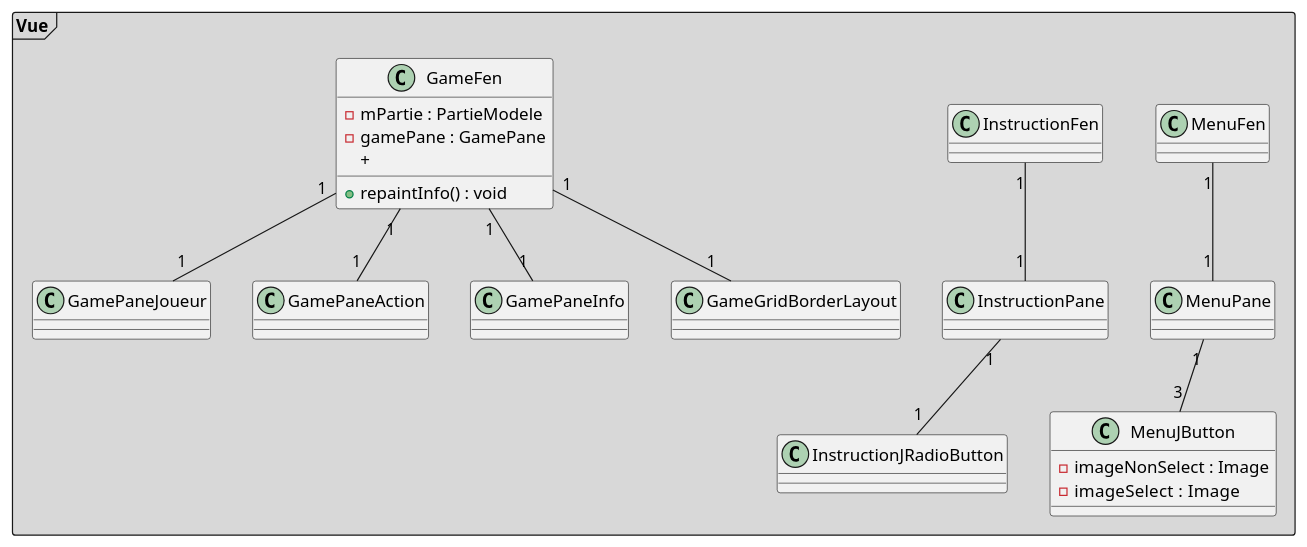
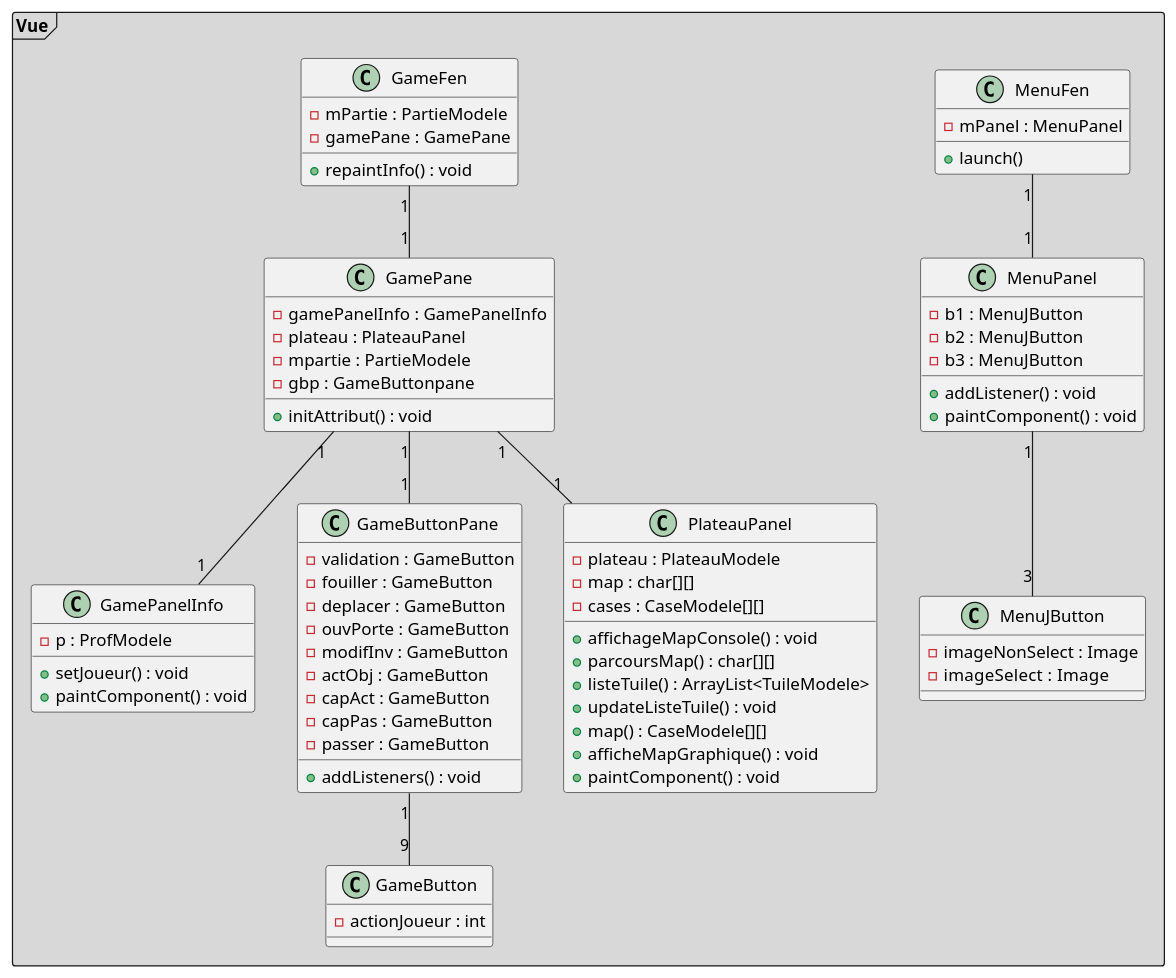
The diagram in UML/Vue.puml (Erathriel/Projet_LO43), drawn with PlantUML before and after one commit. The commit also changed 1 other file, not shown here.

```diff
--- a/UML/Vue.puml
+++ b/UML/Vue.puml
@@ -1,33 +1,73 @@
 @startuml
 
 Package "Vue" <<Frame>> #D8D8D8 {
-    class MenuFen
-    class MenuPane
+    class MenuFen {
+      - mPanel : MenuPanel
+      + launch()
+    }
+    class MenuPanel{
+      - b1 : MenuJButton
+      - b2 : MenuJButton
+      - b3 : MenuJButton
+      + addListener() : void
+      + paintComponent() : void
+    }
     class MenuJButton{
       - imageNonSelect : Image
       - imageSelect  : Image
     }
-    class InstructionFen
-    class InstructionPane
-    class InstructionJRadioButton
     class GameFen{
       - mPartie : PartieModele
       - gamePane : GamePane
       + repaintInfo() : void
-      +
     }
-    class GamePaneJoueur
-    class GamePaneAction
-    class GamePaneInfo
-    class GameGridBorderLayout
+    class GamePane {
+      - gamePanelInfo : GamePanelInfo
+      - plateau : PlateauPanel
+      - mpartie : PartieModele
+      - gbp : GameButtonpane
+      + initAttribut() : void
+    }
+    class GamePanelInfo{
+      - p : ProfModele
+      + setJoueur() : void
+      + paintComponent() : void
+    }
+    class GameButtonPane{
+      - validation : GameButton
+      - fouiller : GameButton
+      - deplacer : GameButton
+      - ouvPorte : GameButton
+      - modifInv : GameButton
+      - actObj : GameButton
+      - capAct : GameButton
+      - capPas : GameButton
+      - passer : GameButton
+      + addListeners() : void
+    }
+    class GameButton{
+      - actionJoueur : int
+    }
+
+    class PlateauPanel{
+      - plateau : PlateauModele
+      - map : char[][]
+      - cases : CaseModele[][]
+      + affichageMapConsole() : void
+      + parcoursMap() : char[][]
+      + listeTuile() : ArrayList<TuileModele>
+      + updateListeTuile() : void
+      + map() : CaseModele[][]
+      + afficheMapGraphique() : void
+      + paintComponent() : void
+    }
 }
-MenuFen "1" -- "1" MenuPane
-MenuPane "1" -- "3" MenuJButton
-InstructionFen "1" -- "1" InstructionPane
-InstructionPane "1" -- "1" InstructionJRadioButton
-GameFen "1" -- "1" GamePaneJoueur
-GameFen "1" -- "1" GamePaneAction
-GameFen "1" -- "1" GamePaneInfo
-GameFen "1" -- "1" GameGridBorderLayout
+MenuFen "1" -- "1" MenuPanel
+MenuPanel "1" -- "3" MenuJButton
+GameFen "1" -- "1" GamePane
+GamePane "1" -- "1" PlateauPanel
+GamePane "1" -- "1" GamePanelInfo
+GamePane "1" -- "1" GameButtonPane
+GameButtonPane "1" -- "9" GameButton
 
 @enduml
```
